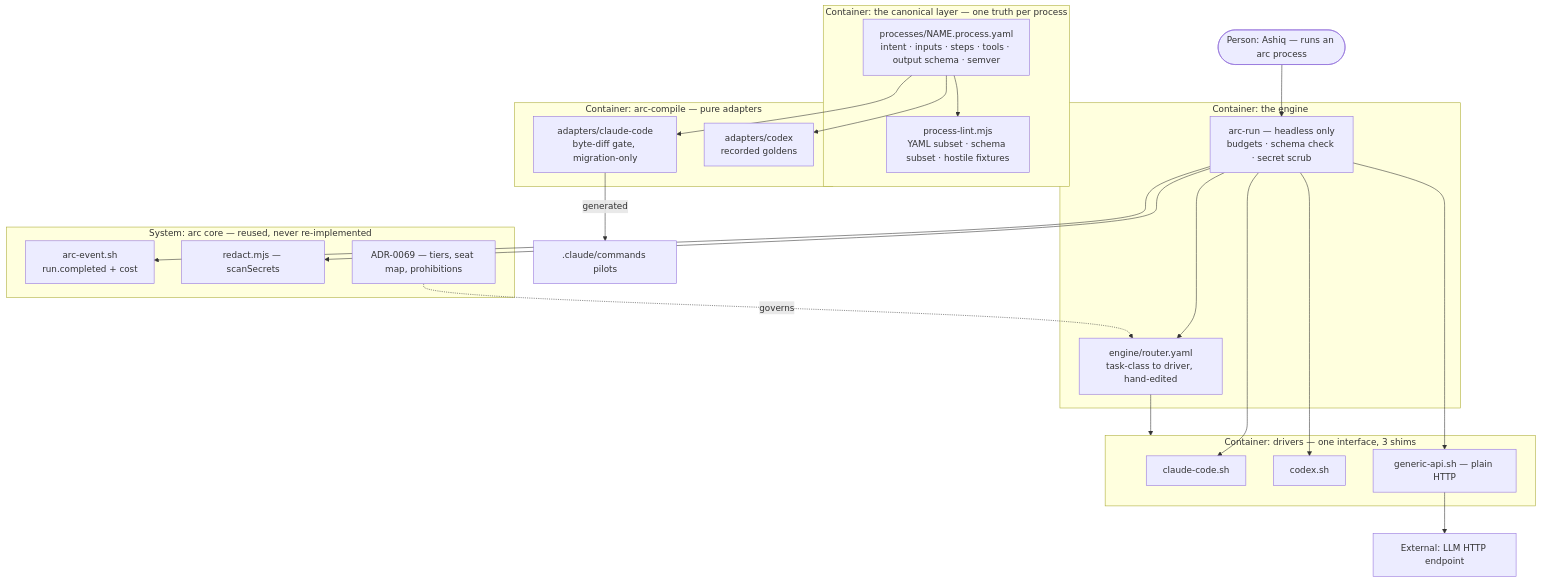
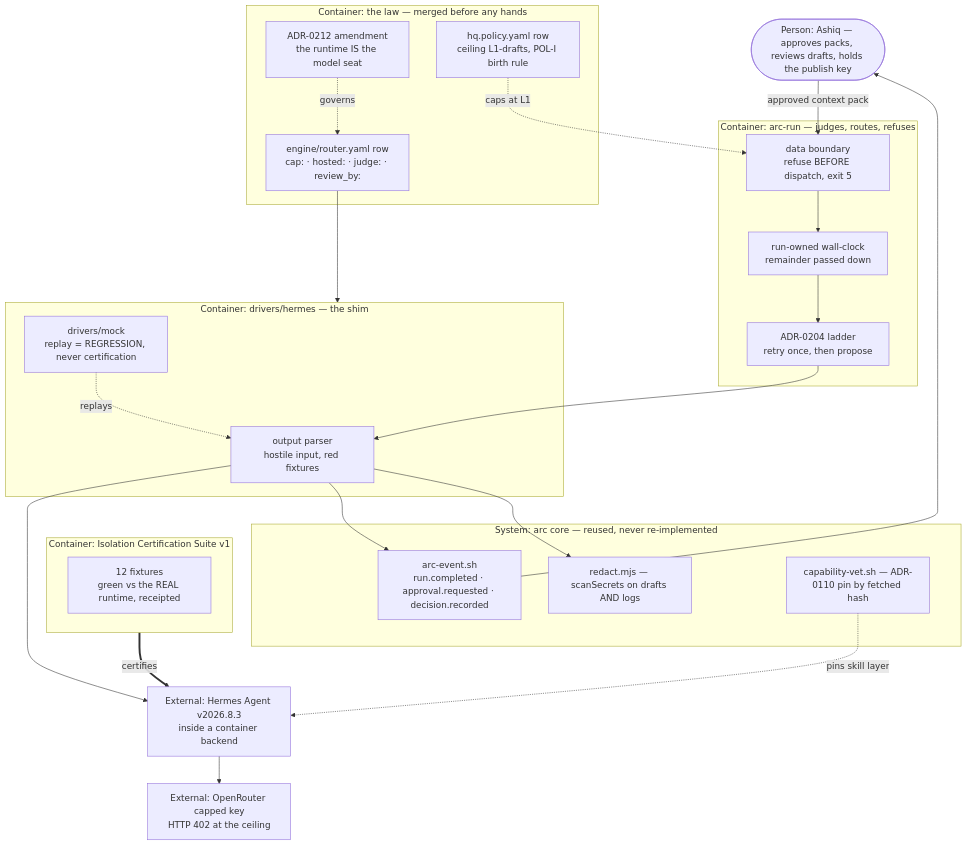
The diagram in initiatives/engine/PLAN.md (technology-ashiq/arc), drawn with Mermaid before and after one commit. The commit also changed other lines of this file and 20 other files, not shown here.

First line of the commit message:
docs(engine): Cycle 7 kickoff — executor v1, the hired hands (ADRs 0208-0219)

````diff
--- a/initiatives/engine/PLAN.md
+++ b/initiatives/engine/PLAN.md
@@ -109,48 +132,48 @@
 ```mermaid
 flowchart TB
-  ashiq([Person: Ashiq — runs an arc process])
+  ashiq([Person: Ashiq — approves packs, reviews drafts, holds the publish key])
 
-  subgraph proc [Container: the canonical layer — one truth per process]
-    yaml[processes/NAME.process.yaml<br/>intent · inputs · steps · tools · output schema · semver]
-    plint[process-lint.mjs<br/>YAML subset · schema subset · hostile fixtures]
+  subgraph gov [Container: the law — merged before any hands]
+    amend[ADR-0212 amendment<br/>the runtime IS the model seat]
+    policy[hq.policy.yaml row<br/>ceiling L1-drafts, POL-I birth rule]
+    router[engine/router.yaml row<br/>cap: · hosted: · judge: · review_by:]
   end
 
-  subgraph comp [Container: arc-compile — pure adapters]
-    acc[adapters/claude-code<br/>byte-diff gate, migration-only]
-    acx[adapters/codex<br/>recorded goldens]
+  subgraph run [Container: arc-run — judges, routes, refuses]
+    boundary[data boundary<br/>refuse BEFORE dispatch, exit 5]
+    budget[run-owned wall-clock<br/>remainder passed down]
+    ladder[ADR-0204 ladder<br/>retry once, then propose]
   end
 
-  subgraph eng [Container: the engine]
-    run[arc-run — headless only<br/>budgets · schema check · secret scrub]
-    router[engine/router.yaml<br/>task-class to driver, hand-edited]
+  subgraph shim [Container: drivers/hermes — the shim]
+    parse[output parser<br/>hostile input, red fixtures]
+    mockd[drivers/mock<br/>replay = REGRESSION, never certification]
   end
 
-  subgraph drv [Container: drivers — one interface, 3 shims]
-    d1[claude-code.sh]
-    d2[codex.sh]
-    d3[generic-api.sh — plain HTTP]
+  subgraph cert [Container: Isolation Certification Suite v1]
+    fix[12 fixtures<br/>green vs the REAL runtime, receipted]
   end
 
   subgraph core [System: arc core — reused, never re-implemented]
-    spine[arc-event.sh<br/>run.completed + cost]
-    redact[redact.mjs — scanSecrets]
-    policy[ADR-0069 — tiers, seat map, prohibitions]
+    spine[arc-event.sh<br/>run.completed · approval.requested · decision.recorded]
+    redact[redact.mjs — scanSecrets on drafts AND logs]
+    vet[capability-vet.sh — ADR-0110 pin by fetched hash]
   end
 
-  api[External: LLM HTTP endpoint]
+  rt[External: Hermes Agent v2026.8.3<br/>inside a container backend]
+  key[External: OpenRouter capped key<br/>HTTP 402 at the ceiling]
 
-  ashiq --> run
-  yaml --> plint
-  yaml --> acc
-  yaml --> acx
-  acc -->|generated| cmds[.claude/commands pilots]
-  run --> router
-  router --> drv
-  run --> d1
-  run --> d2
-  run --> d3
-  d3 --> api
-  run --> spine
-  run --> redact
-  policy -.governs.-> router
+  ashiq -->|approved context pack| boundary
+  boundary --> budget --> ladder --> parse
+  parse --> rt
+  rt --> key
+  vet -.pins skill layer.-> rt
+  cert ==>|certifies| rt
+  mockd -.replays.-> parse
+  parse --> spine
+  parse --> redact
+  amend -.governs.-> router
+  policy -.caps at L1.-> boundary
+  router --> shim
+  spine --> ashiq
 ```
````
